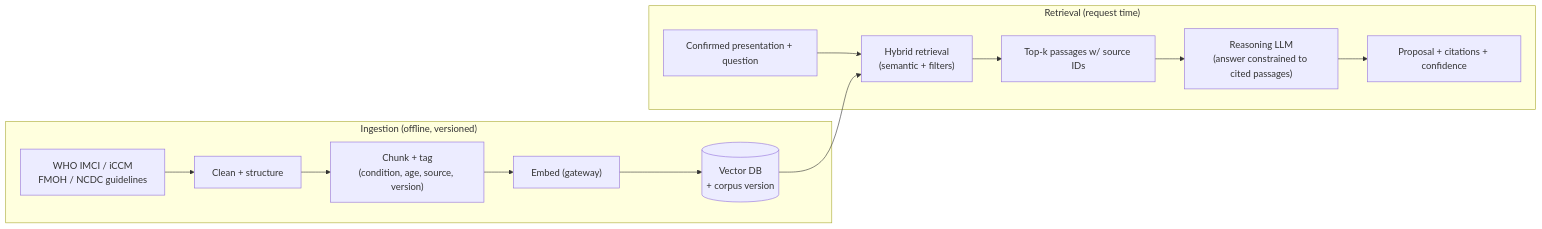
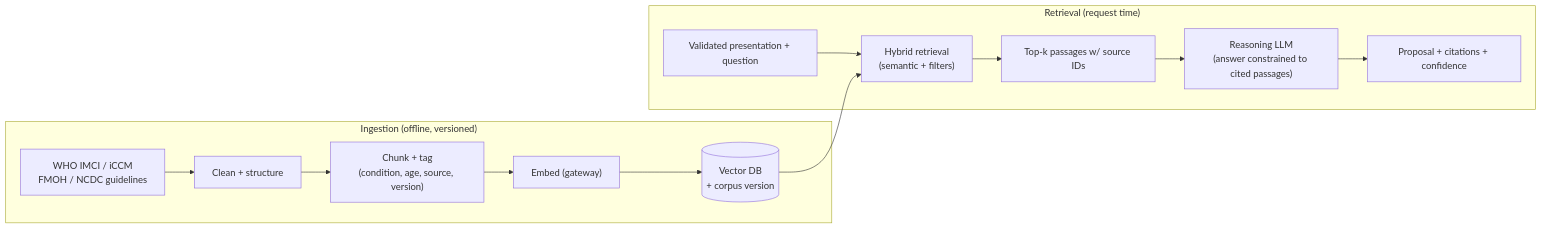
Before and after one commit to CollinDex/awadoc-cdst: the sixth of 12 diagrams in docs/ARCHITECTURE.md, drawn with Mermaid. The commit also changed other lines of this file and 1 other file, not shown here.

````diff
--- a/docs/ARCHITECTURE.md
+++ b/docs/ARCHITECTURE.md
@@ -302,17 +301,17 @@
 ```mermaid
 flowchart LR
     subgraph Ingest["Ingestion (offline, versioned)"]
         SRC["WHO IMCI / iCCM<br/>FMOH / NCDC guidelines"] --> CLEAN["Clean + structure"]
         CLEAN --> CHUNK["Chunk + tag<br/>(condition, age, source, version)"]
         CHUNK --> EMB["Embed (gateway)"]
         EMB --> VEC[("Vector DB<br/>+ corpus version")]
     end
 
     subgraph Retrieve["Retrieval (request time)"]
-        Q["Confirmed presentation + question"] --> RET["Hybrid retrieval<br/>(semantic + filters)"]
+        Q["Validated presentation + question"] --> RET["Hybrid retrieval<br/>(semantic + filters)"]
         VEC --> RET
         RET --> CITE["Top-k passages w/ source IDs"]
         CITE --> LLM["Reasoning LLM<br/>(answer constrained to cited passages)"]
         LLM --> OUT["Proposal + citations + confidence"]
     end
 ```
````
